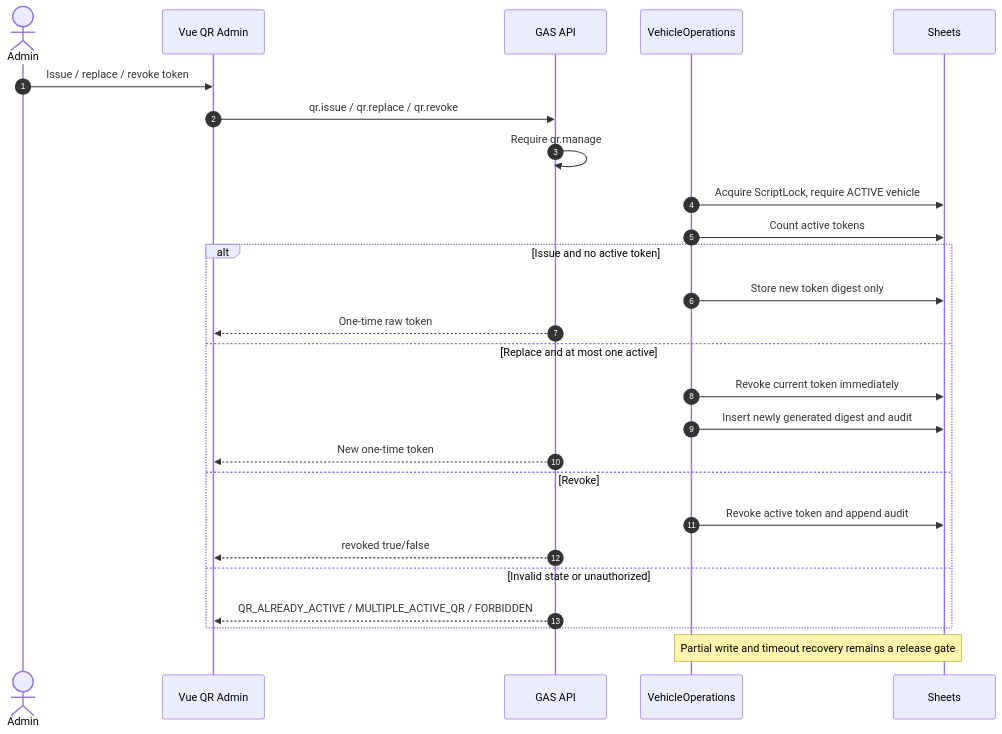
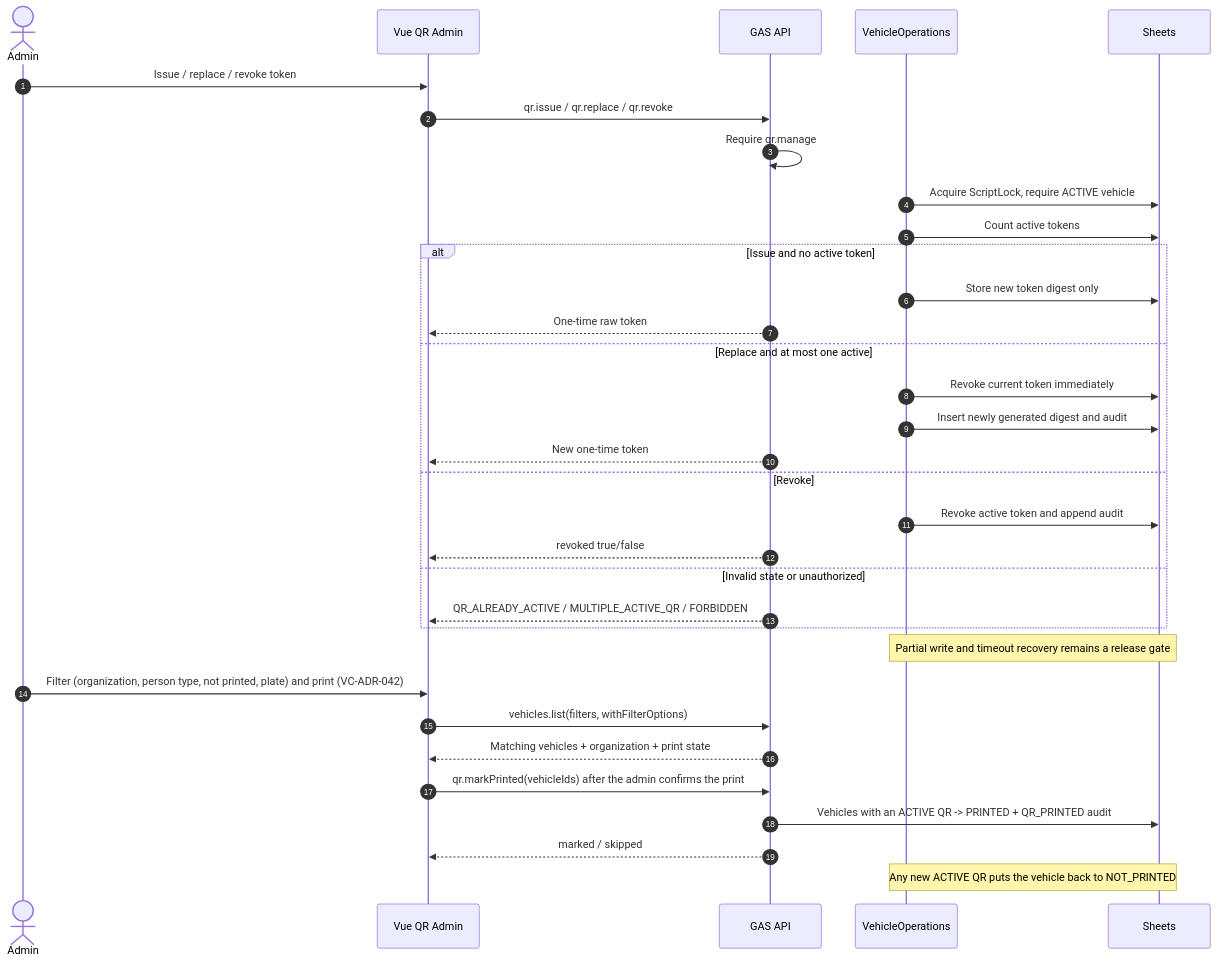
The diagram in apps/vehicle-contact/docs/use-cases/UC-QR-02/sequence.mmd (idev006/MT-Agency-Super-App-Framework), drawn with Mermaid before and after one commit. The commit also changed 40 other files, not shown here.

```diff
--- a/apps/vehicle-contact/docs/use-cases/UC-QR-02/sequence.mmd
+++ b/apps/vehicle-contact/docs/use-cases/UC-QR-02/sequence.mmd
@@ -1,26 +1,33 @@
 sequenceDiagram
   autonumber
   actor Admin
   participant FE as Vue QR Admin
   participant API as GAS API
   participant QR as VehicleOperations
   participant DB as Sheets
   Admin->>FE: Issue / replace / revoke token
   FE->>API: qr.issue / qr.replace / qr.revoke
   API->>API: Require qr.manage
   QR->>DB: Acquire ScriptLock, require ACTIVE vehicle
   QR->>DB: Count active tokens
   alt Issue and no active token
     QR->>DB: Store new token digest only
     API-->>FE: One-time raw token
   else Replace and at most one active
     QR->>DB: Revoke current token immediately
     QR->>DB: Insert newly generated digest and audit
     API-->>FE: New one-time token
   else Revoke
     QR->>DB: Revoke active token and append audit
     API-->>FE: revoked true/false
   else Invalid state or unauthorized
     API-->>FE: QR_ALREADY_ACTIVE / MULTIPLE_ACTIVE_QR / FORBIDDEN
   end
   Note over QR,DB: Partial write and timeout recovery remains a release gate
+  Admin->>FE: Filter (organization, person type, not printed, plate) and print (VC-ADR-042)
+  FE->>API: vehicles.list(filters, withFilterOptions)
+  API-->>FE: Matching vehicles + organization + print state
+  FE->>API: qr.markPrinted(vehicleIds) after the admin confirms the print
+  API->>DB: Vehicles with an ACTIVE QR -> PRINTED + QR_PRINTED audit
+  API-->>FE: marked / skipped
+  Note over QR,DB: Any new ACTIVE QR puts the vehicle back to NOT_PRINTED
```
